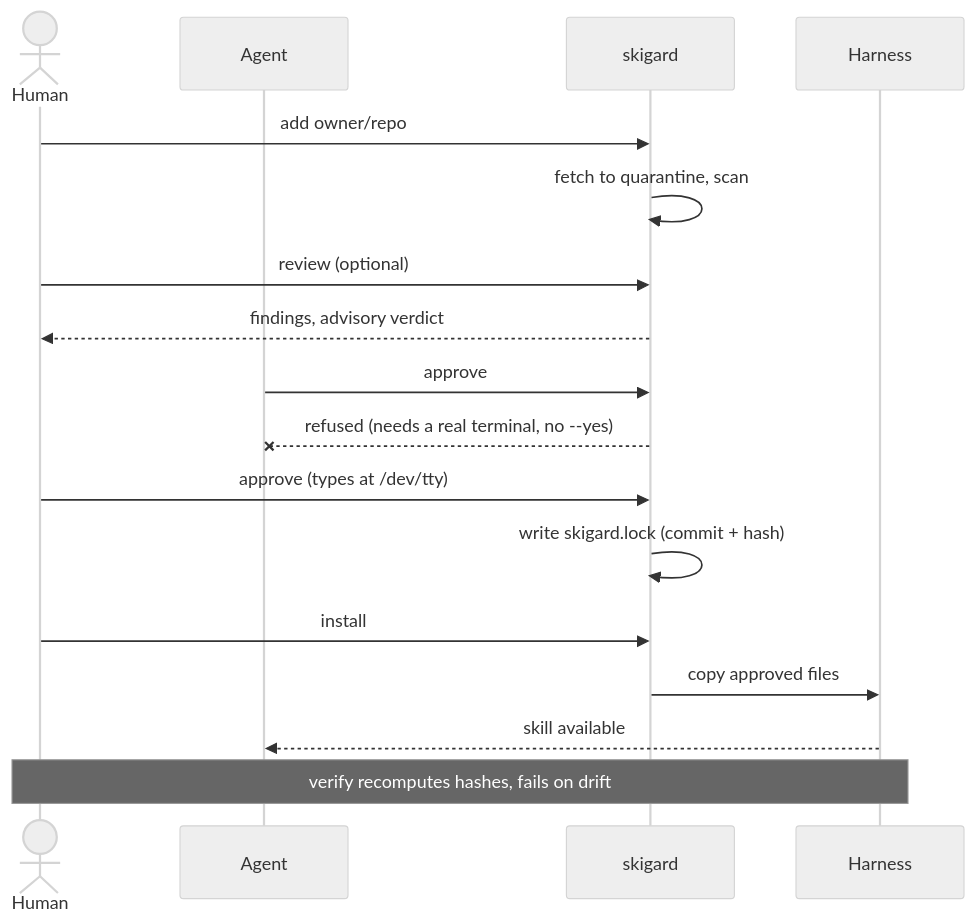
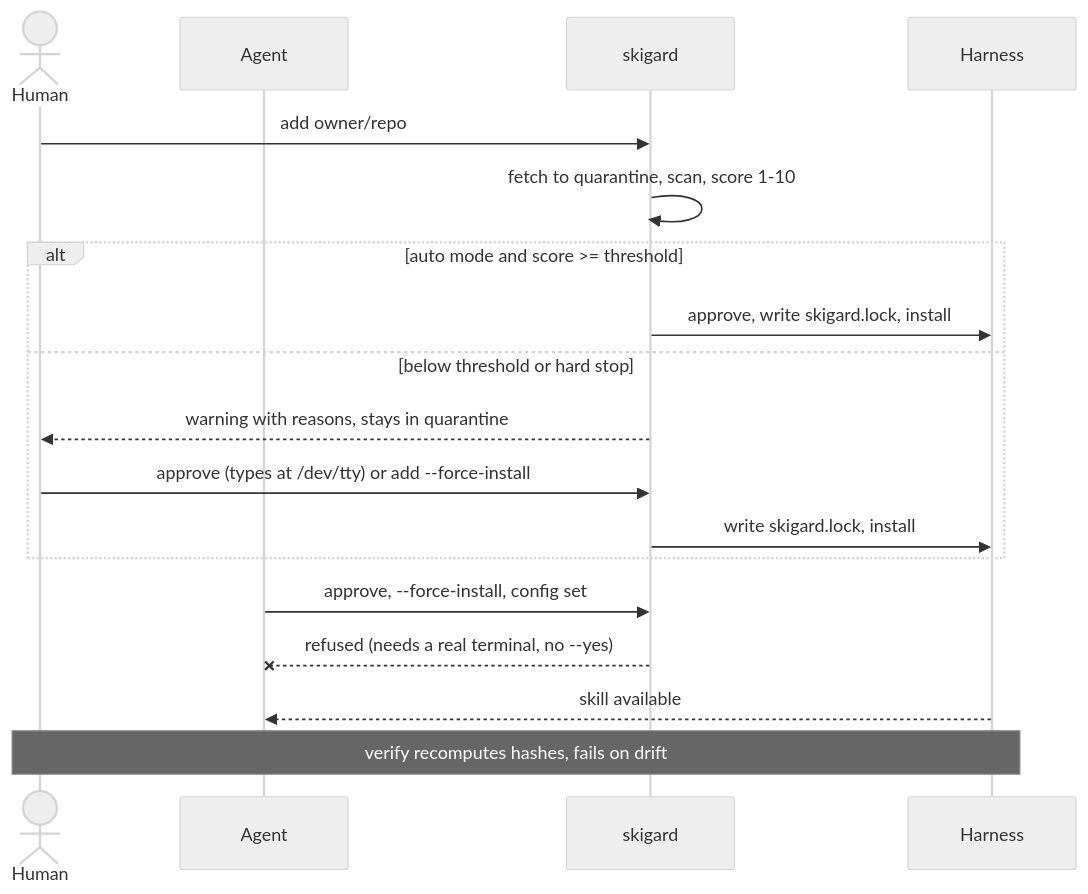
Before and after one commit to ambierhq/skigard: the diagram in assets/diagrams/sequence.mmd, drawn with Mermaid. The commit also changed 94 other files, not shown here.

First line of the commit message:
feat!: one-step add with a 1-10 safety score, strict and auto modes (#49)

```diff
--- a/assets/diagrams/sequence.mmd
+++ b/assets/diagrams/sequence.mmd
@@ -1,18 +1,19 @@
 %%{init: {'theme':'neutral'}}%%
 sequenceDiagram
   actor Human
   participant Agent
   participant Skigard as skigard
   participant Harness as Harness
   Human->>Skigard: add owner/repo
-  Skigard->>Skigard: fetch to quarantine, scan
-  Human->>Skigard: review (optional)
-  Skigard-->>Human: findings, advisory verdict
-  Agent->>Skigard: approve
+  Skigard->>Skigard: fetch to quarantine, scan, score 1-10
+  alt auto mode and score >= threshold
+    Skigard->>Harness: approve, write skigard.lock, install
+  else below threshold or hard stop
+    Skigard-->>Human: warning with reasons, stays in quarantine
+    Human->>Skigard: approve (types at /dev/tty) or add --force-install
+    Skigard->>Harness: write skigard.lock, install
+  end
+  Agent->>Skigard: approve, --force-install, config set
   Skigard--xAgent: refused (needs a real terminal, no --yes)
-  Human->>Skigard: approve (types at /dev/tty)
-  Skigard->>Skigard: write skigard.lock (commit + hash)
-  Human->>Skigard: install
-  Skigard->>Harness: copy approved files
   Harness-->>Agent: skill available
   Note over Human,Harness: verify recomputes hashes, fails on drift
```
